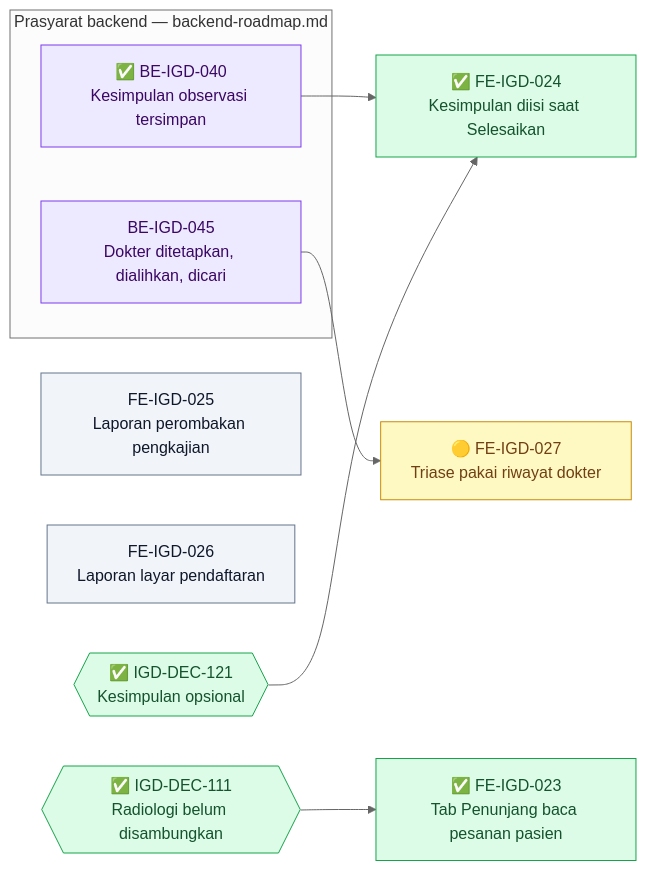
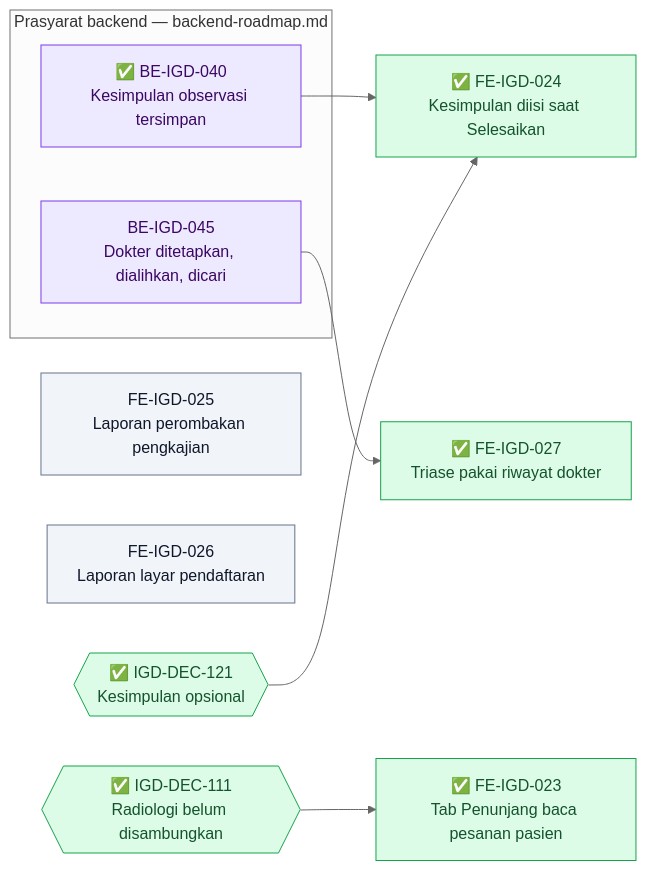
The sixth of 10 diagrams in docs/module-blueprints/igd/roadmap/frontend-roadmap.md (DevBenari/NewQuilvianSystemBackend), drawn with Mermaid (neutral theme) before and after one commit. The commit also changed other lines of this file and 20 other files, not shown here.

````diff
--- a/docs/module-blueprints/igd/roadmap/frontend-roadmap.md
+++ b/docs/module-blueprints/igd/roadmap/frontend-roadmap.md
@@ -678,26 +686,26 @@
 ```mermaid
 flowchart LR
     classDef selesai fill:#DCFCE7,stroke:#16A34A,color:#14532D
     classDef sebagian fill:#FEF9C3,stroke:#CA8A04,color:#713F12
     classDef terblokir fill:#FEE2E2,stroke:#DC2626,color:#7F1D1D
     classDef belum fill:#F1F5F9,stroke:#64748B,color:#0F172A
     classDef luar fill:#EDE9FE,stroke:#7C3AED,color:#3B0764
 
     subgraph backend["Prasyarat backend — backend-roadmap.md"]
         BEIGD040["✅ BE-IGD-040<br/>Kesimpulan observasi tersimpan"]:::luar
         BEIGD045["BE-IGD-045<br/>Dokter ditetapkan, dialihkan, dicari"]:::luar
     end
 
     DEC111{{"✅ IGD-DEC-111<br/>Radiologi belum disambungkan"}}:::selesai
     DEC121{{"✅ IGD-DEC-121<br/>Kesimpulan opsional"}}:::selesai
     FEIGD023["✅ FE-IGD-023<br/>Tab Penunjang baca pesanan pasien"]:::selesai
     FEIGD024["✅ FE-IGD-024<br/>Kesimpulan diisi saat Selesaikan"]:::selesai
     FEIGD025["FE-IGD-025<br/>Laporan perombakan pengkajian"]:::belum
     FEIGD026["FE-IGD-026<br/>Laporan layar pendaftaran"]:::belum
-    FEIGD027["🟡 FE-IGD-027<br/>Triase pakai riwayat dokter"]:::sebagian
+    FEIGD027["✅ FE-IGD-027<br/>Triase pakai riwayat dokter"]:::selesai
 
     DEC111 --> FEIGD023
     BEIGD040 --> FEIGD024
     DEC121 --> FEIGD024
     BEIGD045 --> FEIGD027
 ```
````
